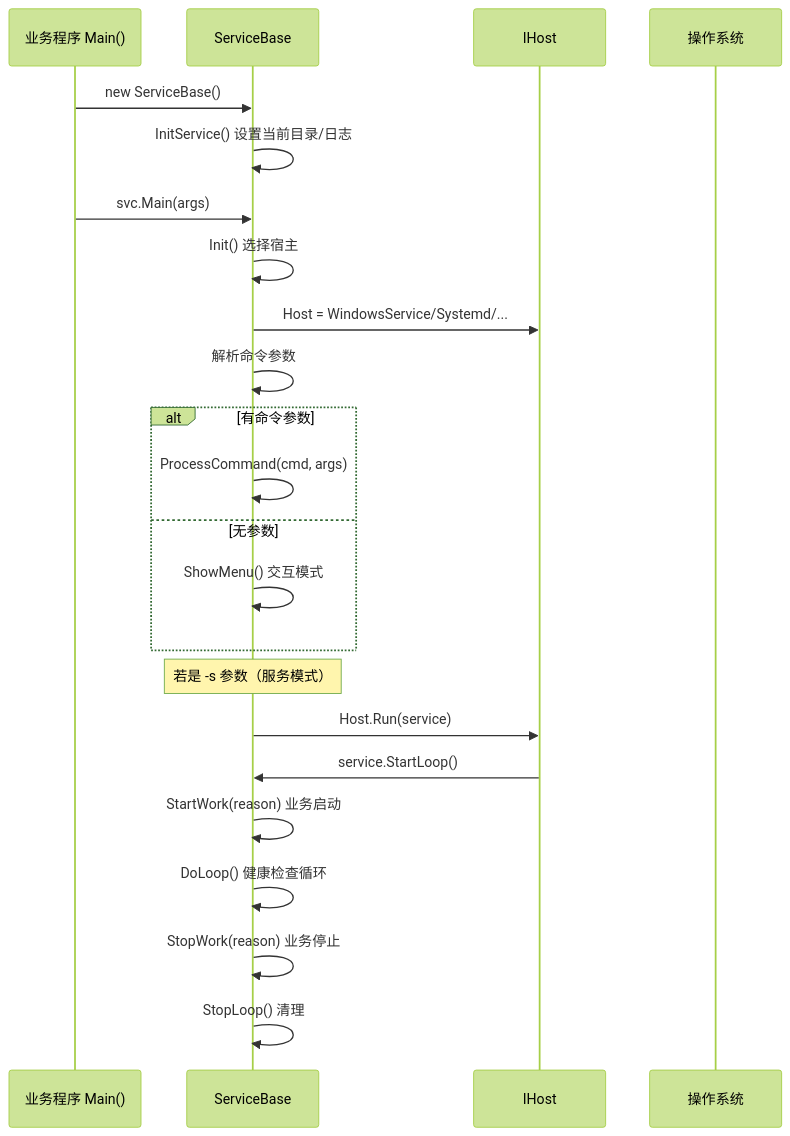
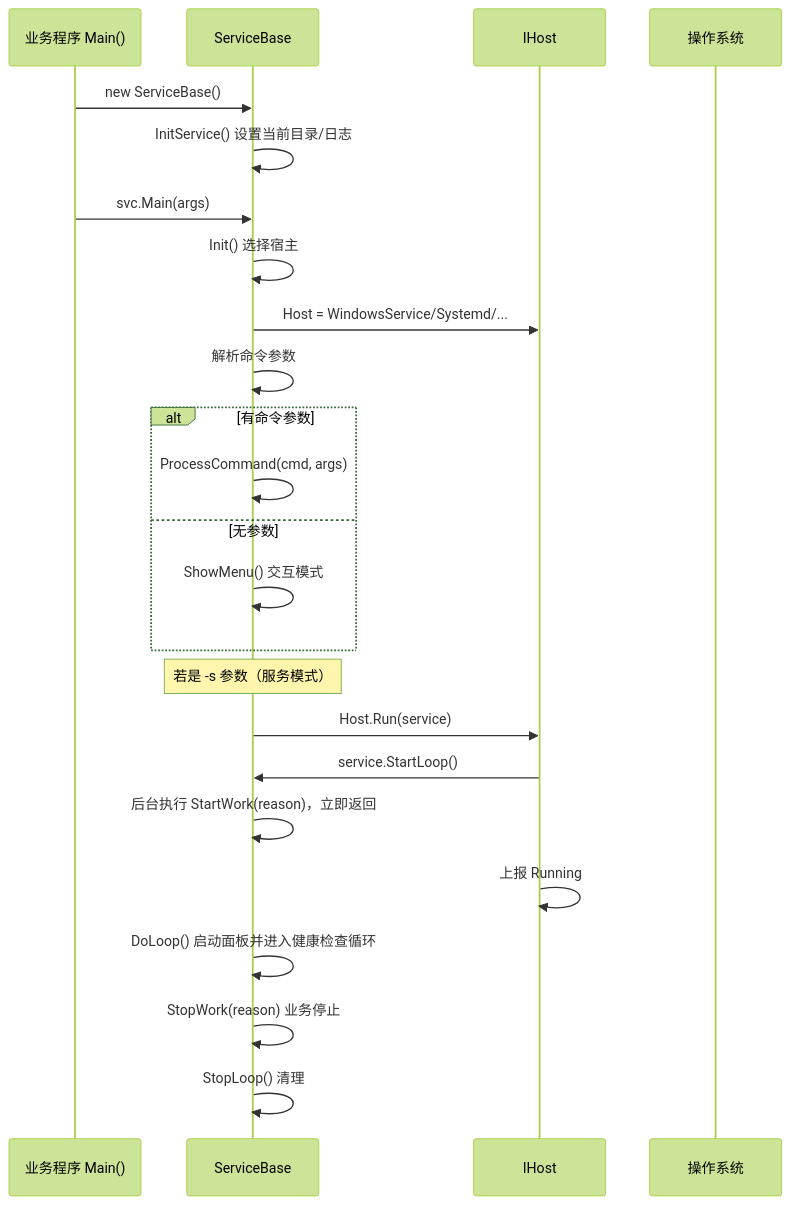
Before and after one commit to NewLifeX/NewLife.Agent: the first of 6 diagrams in Doc/架构设计.md, drawn with Mermaid (forest theme). The commit also changed other lines of this file and 3 other files, not shown here.

````diff
--- a/Doc/架构设计.md
+++ b/Doc/架构设计.md
@@ -145,26 +145,27 @@
 ```mermaid
 sequenceDiagram
   participant App as 业务程序 Main()
   participant SB as ServiceBase
   participant Host as IHost
   participant OS as 操作系统
 
   App->>SB: new ServiceBase()
   SB->>SB: InitService() 设置当前目录/日志
   App->>SB: svc.Main(args)
   SB->>SB: Init() 选择宿主
   SB->>Host: Host = WindowsService/Systemd/...
   SB->>SB: 解析命令参数
   alt 有命令参数
     SB->>SB: ProcessCommand(cmd, args)
   else 无参数
     SB->>SB: ShowMenu() 交互模式
   end
   Note over SB: 若是 -s 参数（服务模式）
   SB->>Host: Host.Run(service)
   Host->>SB: service.StartLoop()
-  SB->>SB: StartWork(reason) 业务启动
-  SB->>SB: DoLoop() 健康检查循环
+  SB->>SB: 后台执行 StartWork(reason)，立即返回
+  Host->>Host: 上报 Running
+  SB->>SB: DoLoop() 启动面板并进入健康检查循环
   SB->>SB: StopWork(reason) 业务停止
   SB->>SB: StopLoop() 清理
 ```
````
